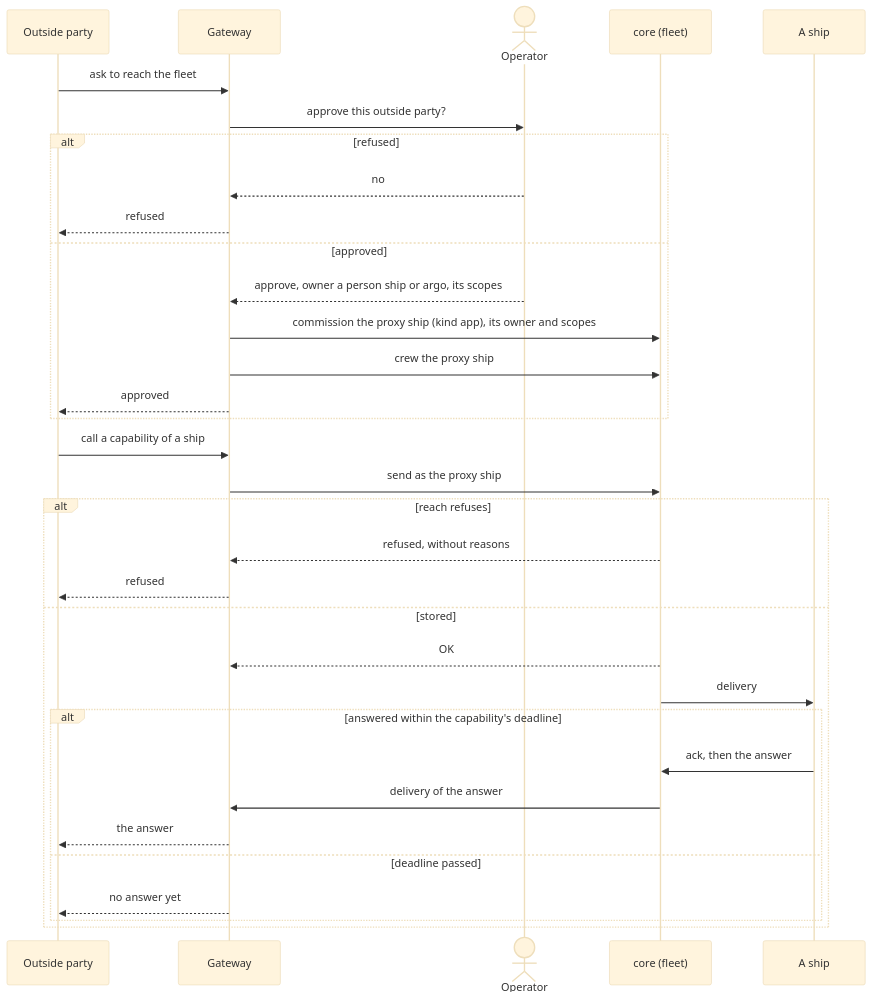
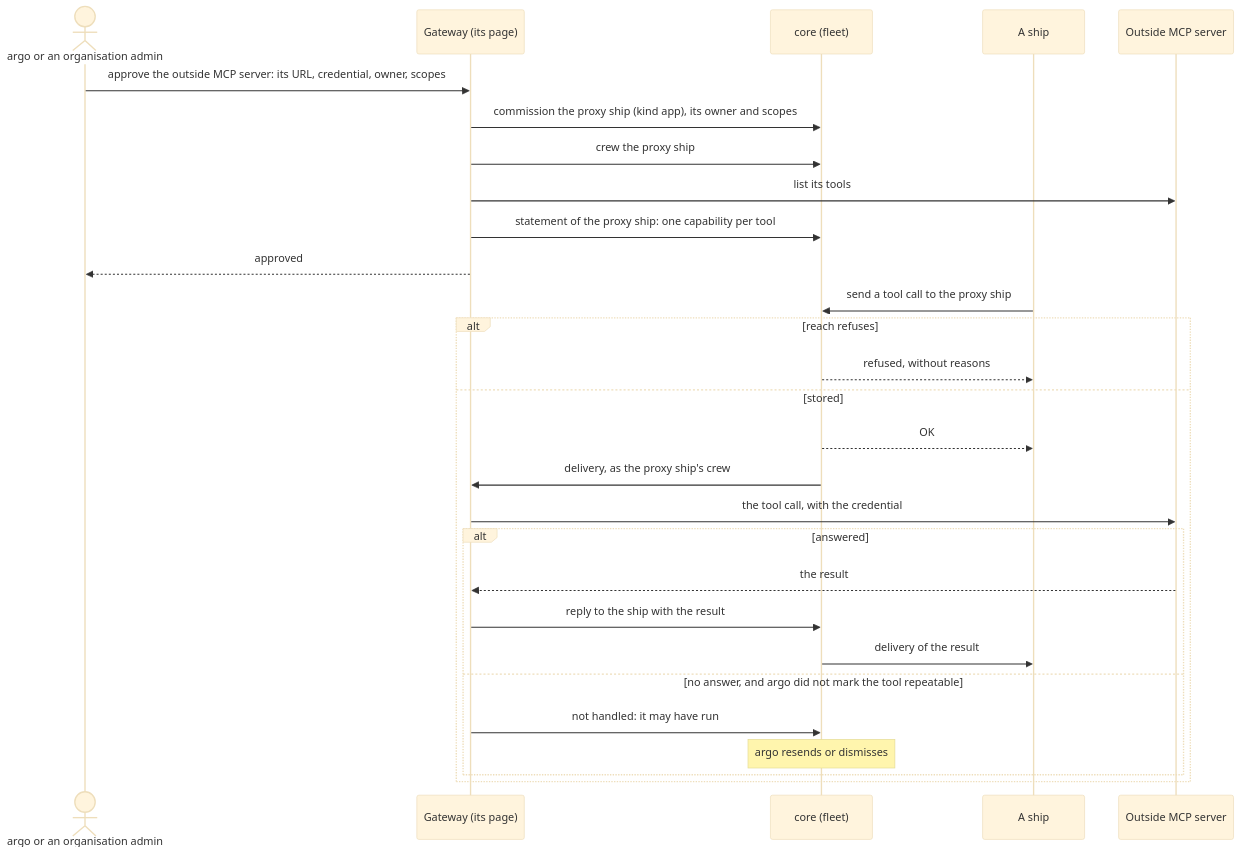
The tenth of 11 diagrams in docs/design/accounts/domain-model.md (ThomasHendrickx/aeolus-fleet), drawn with Mermaid (base theme) before and after one commit. The commit also changed other lines of this file and 1 other file, not shown here.

First line of the commit message:
docs(design): gaps and questions in the domain language; outside MCP server and client flows apart

````diff
--- a/docs/design/accounts/domain-model.md
+++ b/docs/design/accounts/domain-model.md
@@ -662,35 +664,30 @@
 ```mermaid
 sequenceDiagram
-  participant OP as Outside party
-  participant GW as Gateway
-  actor O as Operator
+  actor AP as argo or an organisation admin
+  participant GW as Gateway (its page)
   participant C as core (fleet)
   participant S as A ship
-  OP->>GW: ask to reach the fleet
-  GW->>O: approve this outside party?
-  alt refused
-    O-->>GW: no
-    GW-->>OP: refused
-  else approved
-    O-->>GW: approve, owner a person ship or argo, its scopes
-    GW->>C: commission the proxy ship (kind app), its owner and scopes
-    GW->>C: crew the proxy ship
-    GW-->>OP: approved
-  end
-  OP->>GW: call a capability of a ship
-  GW->>C: send as the proxy ship
+  participant OS as Outside MCP server
+  AP->>GW: approve the outside MCP server: its URL, credential, owner, scopes
+  GW->>C: commission the proxy ship (kind app), its owner and scopes
+  GW->>C: crew the proxy ship
+  GW->>OS: list its tools
+  GW->>C: statement of the proxy ship: one capability per tool
+  GW-->>AP: approved
+  S->>C: send a tool call to the proxy ship
   alt reach refuses
-    C-->>GW: refused, without reasons
-    GW-->>OP: refused
+    C-->>S: refused, without reasons
   else stored
-    C-->>GW: OK
-    C->>S: delivery
-    alt answered within the capability's deadline
-      S->>C: ack, then the answer
-      C->>GW: delivery of the answer
-      GW-->>OP: the answer
-    else deadline passed
-      GW-->>OP: no answer yet
+    C-->>S: OK
+    C->>GW: delivery, as the proxy ship's crew
+    GW->>OS: the tool call, with the credential
+    alt answered
+      OS-->>GW: the result
+      GW->>C: reply to the ship with the result
+      C->>S: delivery of the result
+    else no answer, and argo did not mark the tool repeatable
+      GW->>C: not handled: it may have run
+      Note over C: argo resends or dismisses
     end
   end
 ```
````
